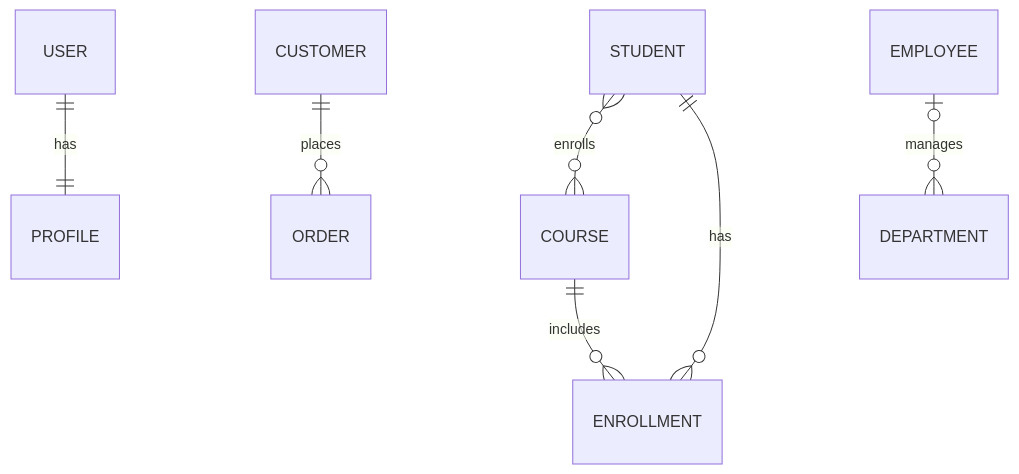
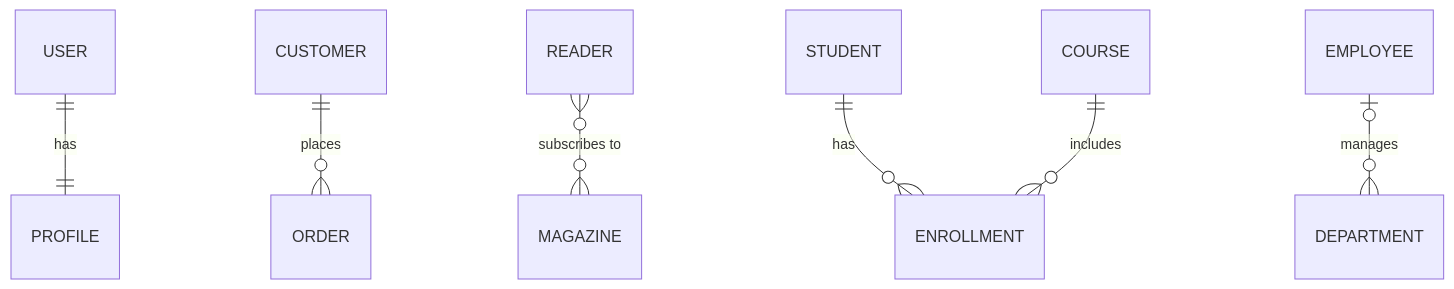
The fourth of 6 diagrams in skills/mermaid-diagrams/references/erd-basic.md (costa-marcello/repertoire), drawn with Mermaid before and after one commit. The commit also changed other lines of this file and 12 other files, not shown here.

First line of the commit message:
Fix mermaid-diagrams examples that broke its own rules

````diff
--- a/skills/mermaid-diagrams/references/erd-basic.md
+++ b/skills/mermaid-diagrams/references/erd-basic.md
@@ -82,16 +80,18 @@
 ```mermaid
 erDiagram
     %% One-to-One
     USER ||--|| PROFILE : has
 
     %% One-to-Many
     CUSTOMER ||--o{ ORDER : places
 
-    %% Many-to-Many (with junction table)
-    STUDENT }o--o{ COURSE : enrolls
+    %% Many-to-Many, drawn directly
+    READER }o--o{ MAGAZINE : "subscribes to"
+
+    %% Many-to-Many through a junction table (use this when the link has columns)
     STUDENT ||--o{ ENROLLMENT : has
     COURSE ||--o{ ENROLLMENT : includes
 
     %% Optional Relationships
     EMPLOYEE |o--o{ DEPARTMENT : manages
 ```
````
